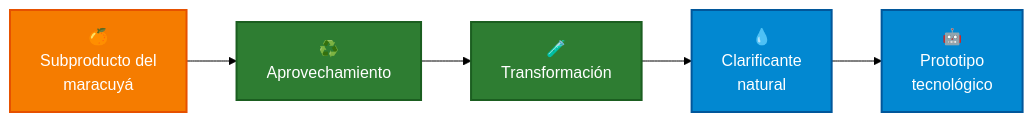
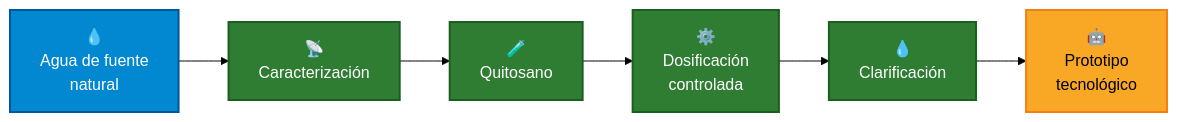
Before and after one commit to BeyondNate/PI_Equipo_05: the third of 5 diagrams in README.md, drawn with Mermaid (forest theme). The commit also changed other lines of this file, not shown here.

````diff
--- a/README.md
+++ b/README.md
@@ -210,18 +213,19 @@
 ```mermaid
 flowchart LR
-    A["🍊<br/>Subproducto del<br/>maracuyá"]
-    B["♻️<br/>Aprovechamiento"]
-    C["🧪<br/>Transformación"]
-    D["💧<br/>Clarificante<br/>natural"]
-    E["🤖<br/>Prototipo<br/>tecnológico"]
+    A["💧<br/>Agua de fuente<br/>natural"]
+    B["📡<br/>Caracterización"]
+    C["🧪<br/>Quitosano"]
+    D["⚙️<br/>Dosificación<br/>controlada"]
+    E["💧<br/>Clarificación"]
+    F["🤖<br/>Prototipo<br/>tecnológico"]
 
-    A --> B --> C --> D --> E
+    A --> B --> C --> D --> E --> F
 
-    classDef resource fill:#F57C00,color:#FFFFFF,stroke:#E65100,stroke-width:2px;
-    classDef circular fill:#2E7D32,color:#FFFFFF,stroke:#1B5E20,stroke-width:2px;
-    classDef product fill:#0288D1,color:#FFFFFF,stroke:#01579B,stroke-width:2px;
+    classDef resource fill:#0288D1,color:#FFFFFF,stroke:#01579B,stroke-width:2px;
+    classDef process fill:#2E7D32,color:#FFFFFF,stroke:#1B5E20,stroke-width:2px;
+    classDef product fill:#F9A825,color:#000000,stroke:#F57F17,stroke-width:2px;
 
     class A resource;
-    class B,C circular;
-    class D,E product;
+    class B,C,D,E process;
+    class F product;
 ```
````
